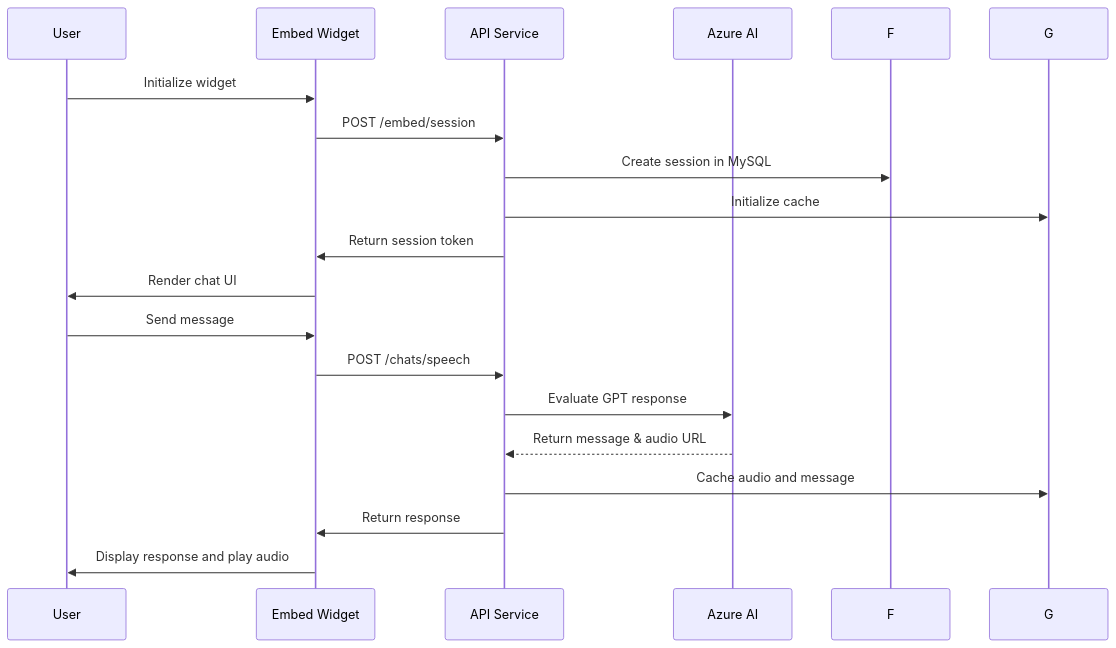
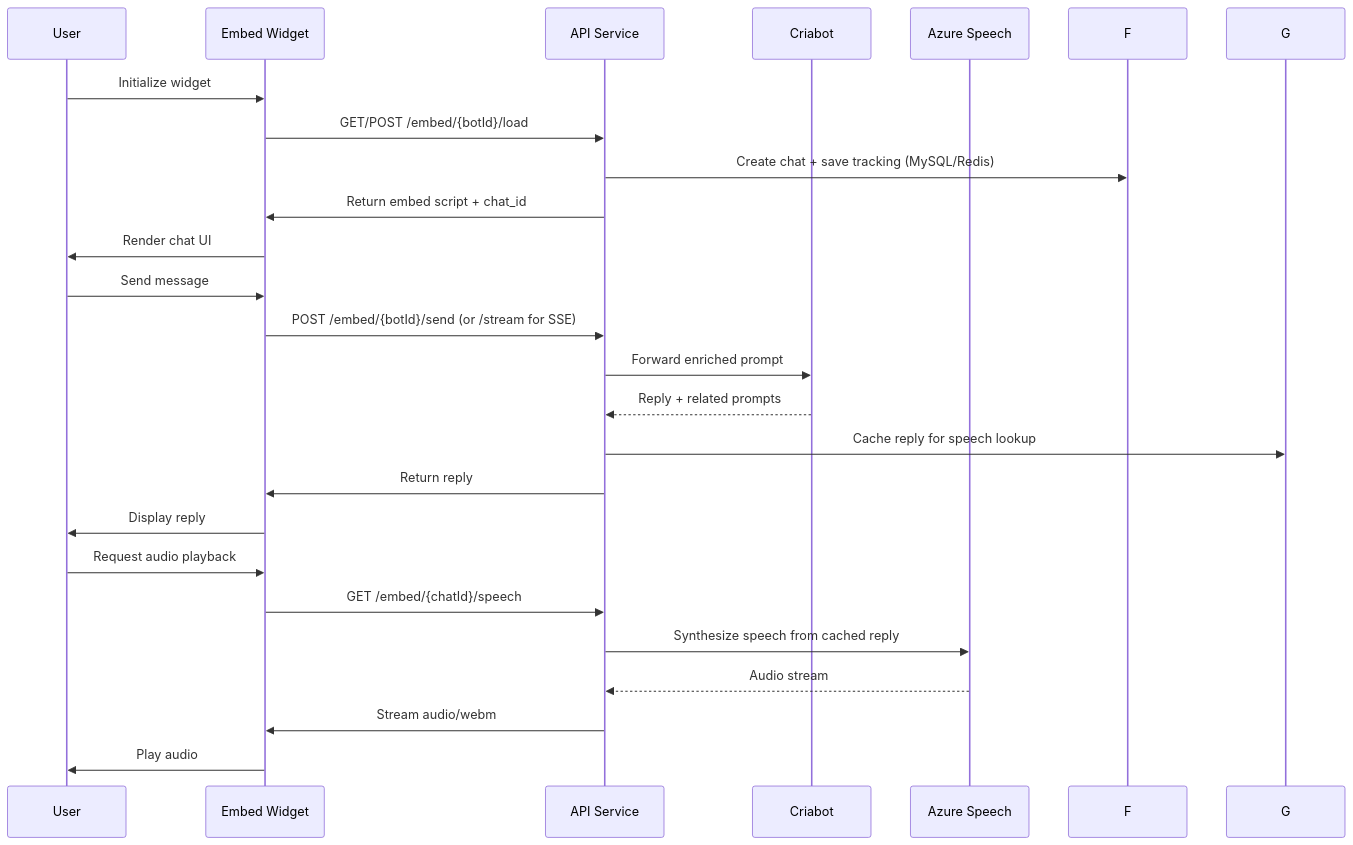
Before and after one commit to YorkUITInnovation/CriaEmbed: the second of 2 diagrams in ARCHITECTURE.md, drawn with Mermaid. The commit also changed other lines of this file and 7 other files, not shown here.

````diff
--- a/ARCHITECTURE.md
+++ b/ARCHITECTURE.md
@@ -83,20 +92,26 @@
 ```mermaid
 sequenceDiagram
   participant U as User
   participant W as Embed Widget
   participant A as API Service
-  participant S as Azure AI
+  participant CB as Criabot
+  participant S as Azure Speech
   U->>W: Initialize widget
-  W->>A: POST /embed/session
-  A->>F: Create session in MySQL
-  A->>G: Initialize cache
-  A->>W: Return session token
+  W->>A: GET/POST /embed/{botId}/load
+  A->>F: Create chat + save tracking (MySQL/Redis)
+  A->>W: Return embed script + chat_id
   W->>U: Render chat UI
   U->>W: Send message
-  W->>A: POST /chats/speech
-  A->>S: Evaluate GPT response
-  S-->>A: Return message & audio URL
-  A->>G: Cache audio and message
-  A->>W: Return response
-  W->>U: Display response and play audio
-``` 
+  W->>A: POST /embed/{botId}/send (or /stream for SSE)
+  A->>CB: Forward enriched prompt
+  CB-->>A: Reply + related prompts
+  A->>G: Cache reply for speech lookup
+  A->>W: Return reply
+  W->>U: Display reply
+  U->>W: Request audio playback
+  W->>A: GET /embed/{chatId}/speech
+  A->>S: Synthesize speech from cached reply
+  S-->>A: Audio stream
+  A->>W: Stream audio/webm
+  W->>U: Play audio
+```
````
